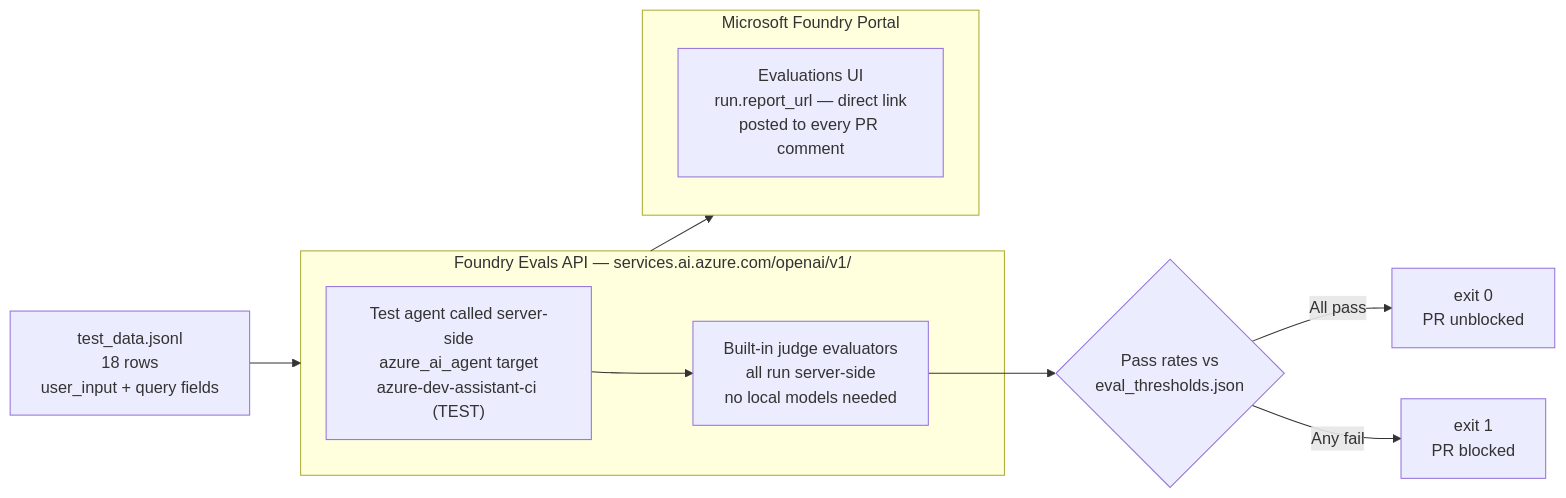
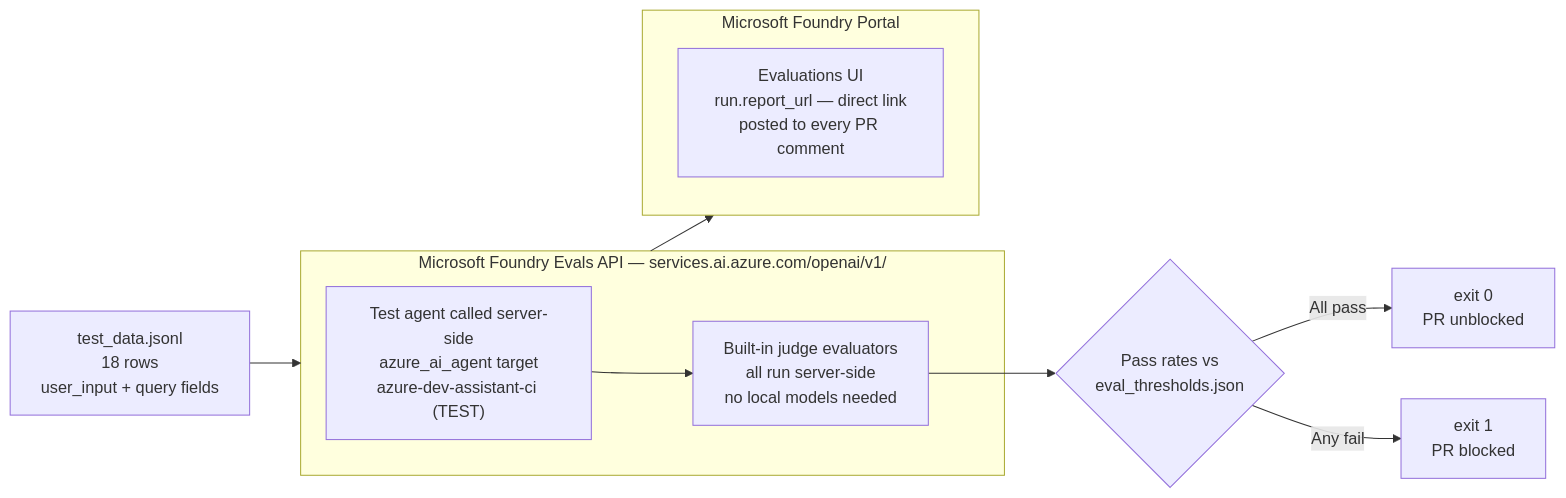
Before and after one commit to nicksangeorge/foundry-agent-eval-cicd: the second of 5 diagrams in architecture.md, drawn with Mermaid. The commit also changed other lines of this file and 8 other files, not shown here.

Commit message:
Rename all bare "Foundry" and "Azure AI Foundry" references to "Microsoft Foundry" across docs, comments, and test data

````diff
--- a/architecture.md
+++ b/architecture.md
@@ -60,20 +60,20 @@
 ```mermaid
 flowchart LR
     A["test_data.jsonl<br/>18 rows<br/>user_input + query fields"]
 
-    subgraph Azure["Foundry Evals API — services.ai.azure.com/openai/v1/"]
+    subgraph Azure["Microsoft Foundry Evals API — services.ai.azure.com/openai/v1/"]
         AG["Test agent called server-side<br/>azure_ai_agent target<br/>azure-dev-assistant-ci (TEST)"]
         EV["Built-in judge evaluators<br/>all run server-side<br/>no local models needed"]
     end
 
     subgraph Foundry["Microsoft Foundry Portal"]
         EP["Evaluations UI<br/>run.report_url — direct link<br/>posted to every PR comment"]
     end
 
     A --> Azure
     AG --> EV
     EV --> TR{"Pass rates vs<br/>eval_thresholds.json"}
     TR -->|All pass| P["exit 0<br/>PR unblocked"]
     TR -->|Any fail| F["exit 1<br/>PR blocked"]
     Azure --> Foundry
 ```
````
